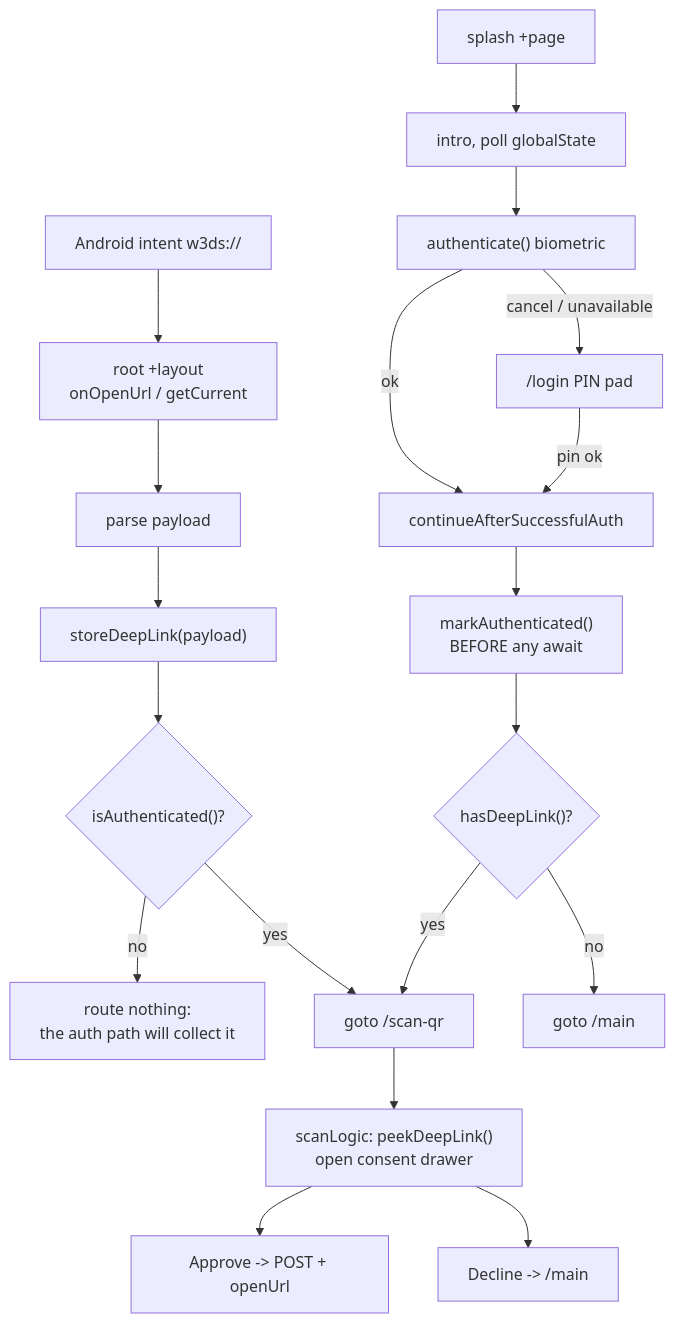
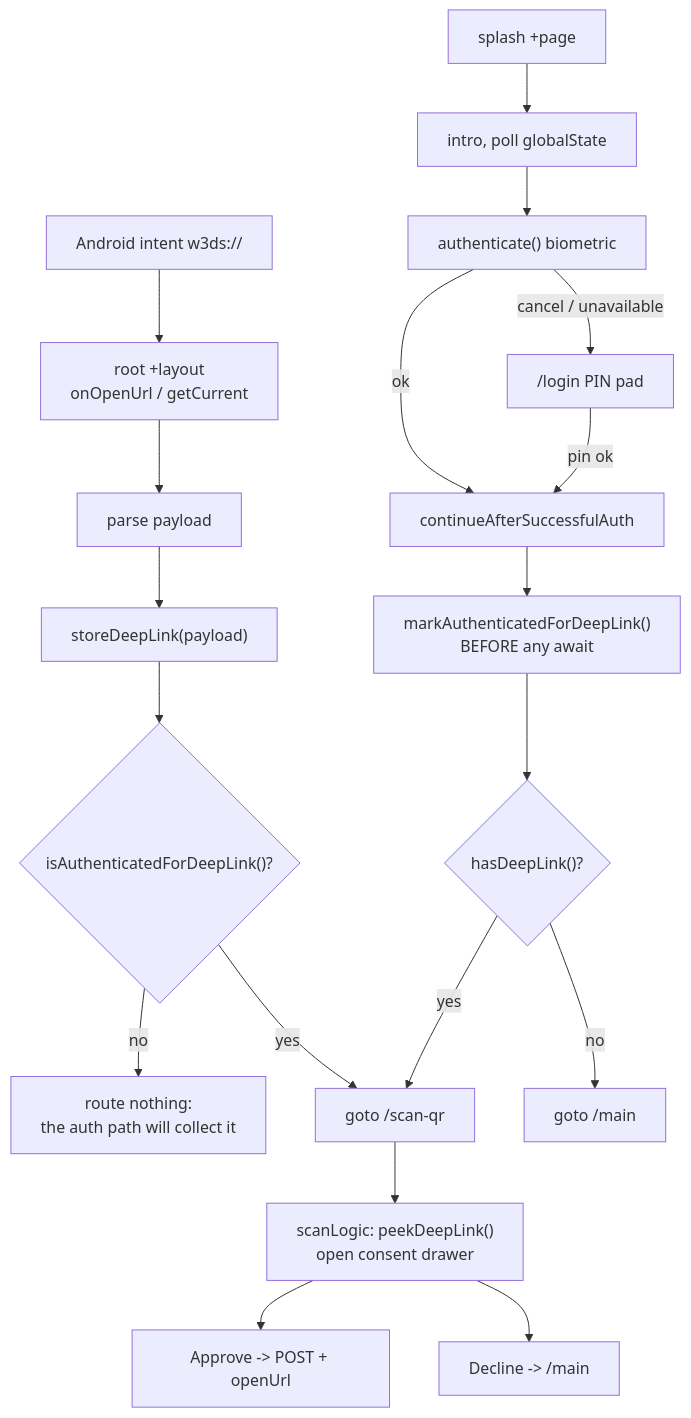
Before and after one commit to MetaState-Prototype-Project/prototype: the diagram in infrastructure/eid-wallet/docs/architecture/deepLink.md, drawn with Mermaid. The commit also changed other lines of this file and 5 other files, not shown here.

First line of the commit message:
refactor(eid-wallet): name the deep-link auth accessors for their consumer

````diff
--- a/infrastructure/eid-wallet/docs/architecture/deepLink.md
+++ b/infrastructure/eid-wallet/docs/architecture/deepLink.md
@@ -38,24 +38,24 @@
 ```mermaid
 flowchart TD
     A["Android intent w3ds://"] --> B["root +layout<br/>onOpenUrl / getCurrent"]
     B --> C["parse payload"]
     C --> D["storeDeepLink(payload)"]
-    D --> E{"isAuthenticated()?"}
+    D --> E{"isAuthenticatedForDeepLink()?"}
     E -- "no" --> F["route nothing:<br/>the auth path will collect it"]
     E -- "yes" --> G["goto /scan-qr"]
 
     S["splash +page"] --> S1["intro, poll globalState"]
     S1 --> S2["authenticate() biometric"]
     S2 -- "ok" --> P["continueAfterSuccessfulAuth"]
     S2 -- "cancel / unavailable" --> L["/login PIN pad"]
     L -- "pin ok" --> P
 
-    P --> P1["markAuthenticated()<br/>BEFORE any await"]
+    P --> P1["markAuthenticatedForDeepLink()<br/>BEFORE any await"]
     P1 --> P2{"hasDeepLink()?"}
     P2 -- "yes" --> G
     P2 -- "no" --> M["goto /main"]
 
     G --> R["scanLogic: peekDeepLink()<br/>open consent drawer"]
     R --> R1["Approve -> POST + openUrl"]
     R --> R2["Decline -> /main"]
 ```
````
